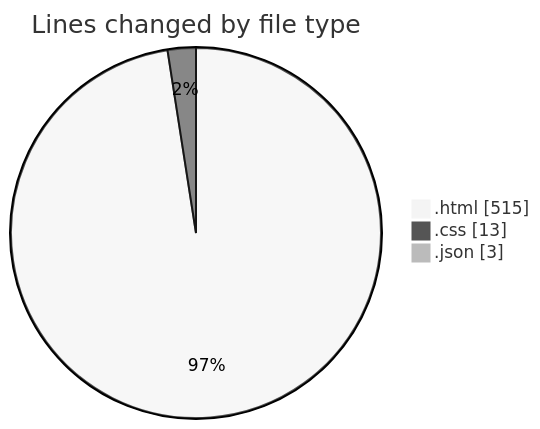
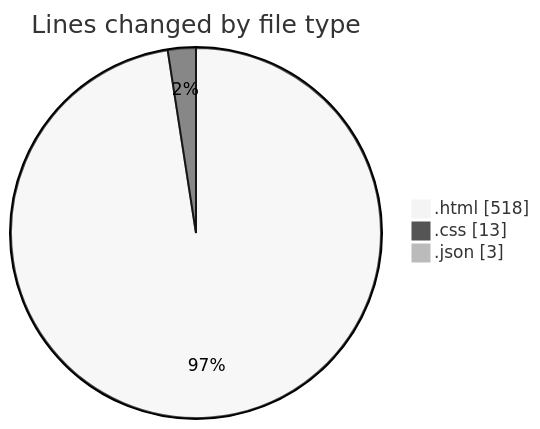
One commit to hasnaa123/code-tracking changed the first of 2 diagrams in 2025-12-11/technologie_web/README.md. Above: the diagram before and after it, drawn with Mermaid (neutral theme). The commit also changed other lines of this file and 1 other file, not shown here.

````diff
--- a/2025-12-11/technologie_web/README.md
+++ b/2025-12-11/technologie_web/README.md
@@ -23,7 +23,7 @@
 ```mermaid
 pie showData
 title Lines changed by file type
-".html" : 515
+".html" : 518
 ".css" : 13
 ".json" : 3
 ```
````
